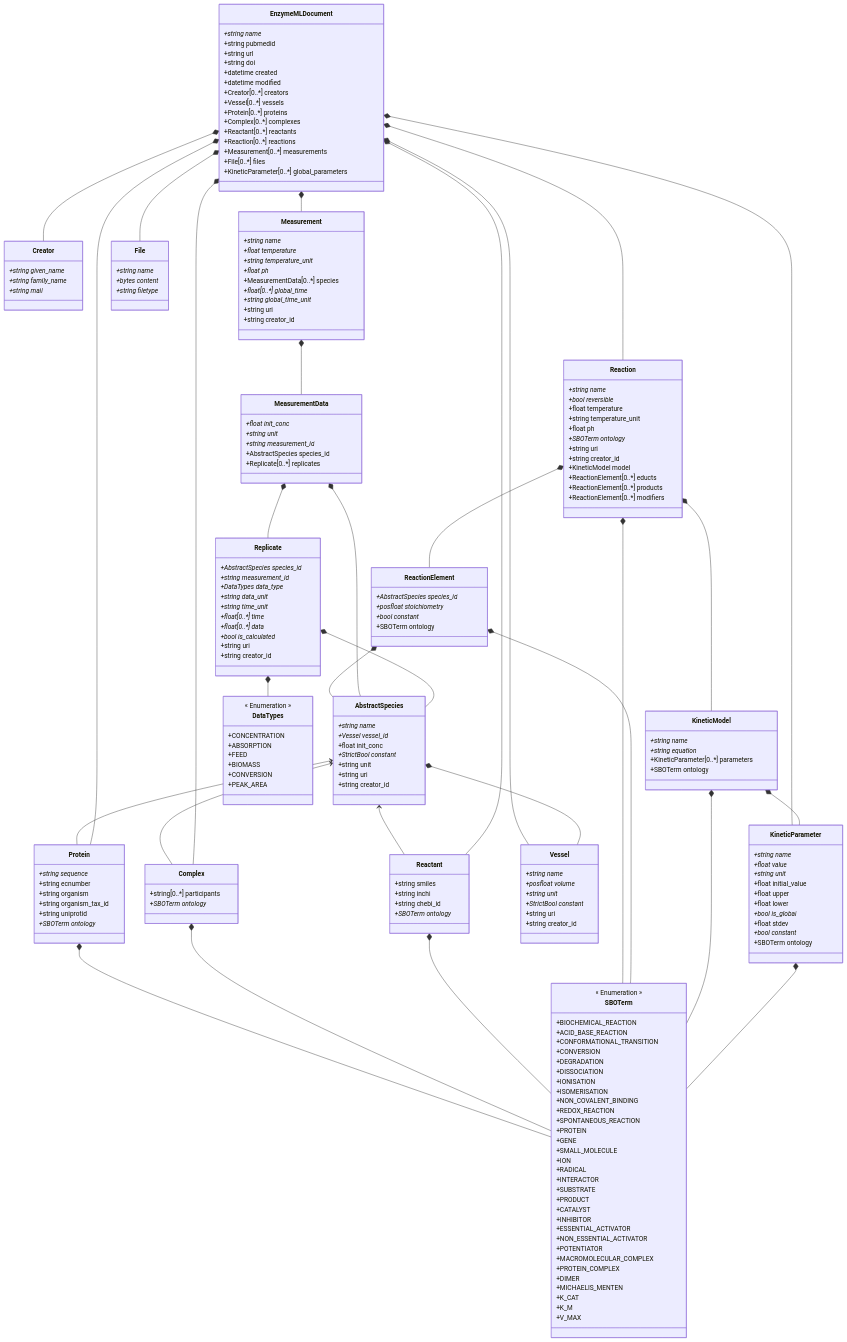
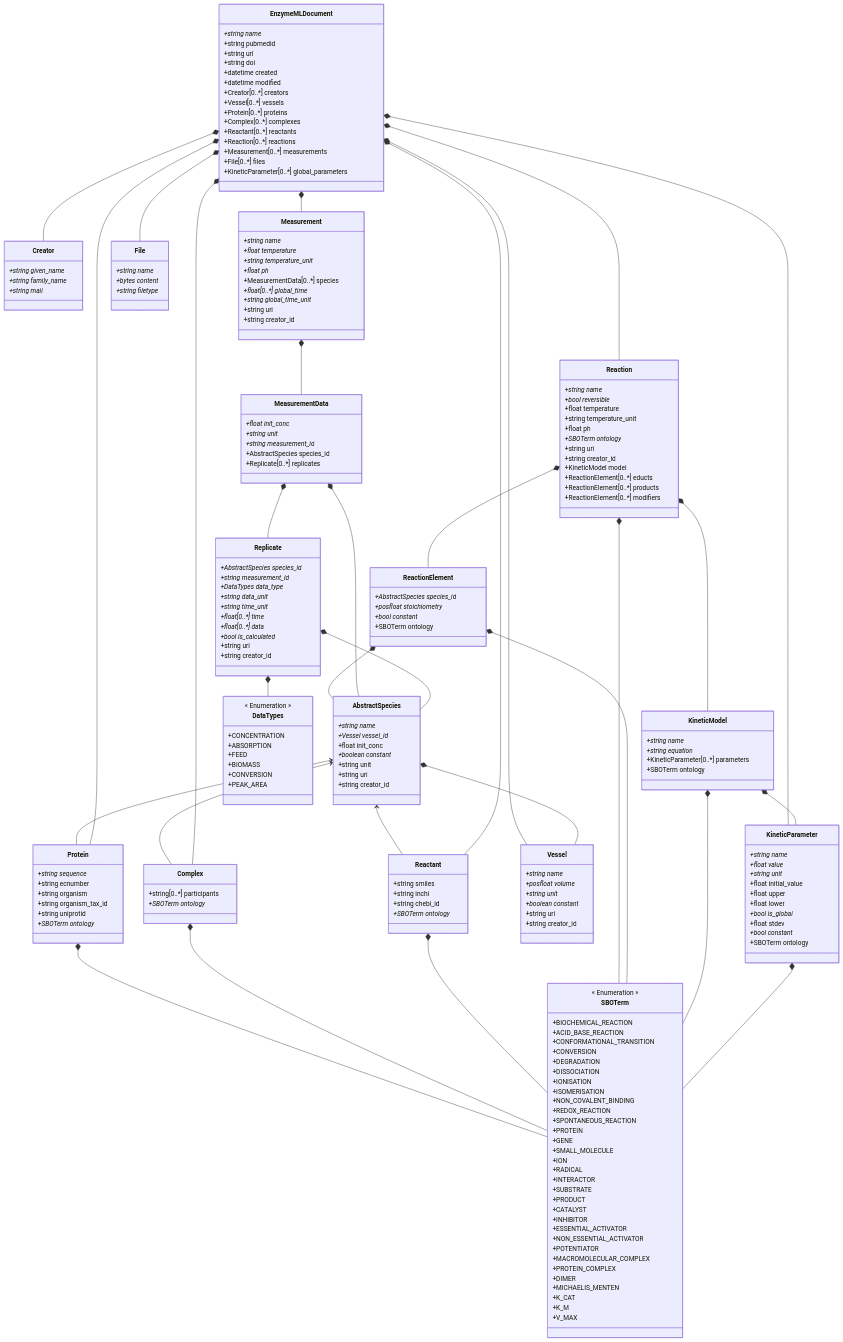
The diagram in PyEnzyme/schemes/pyenzyme_schema.md (EnzymeML/enzymeml-specifications), drawn with Mermaid before and after one commit. The commit also changed 16 other files, not shown here.

```diff
--- a/PyEnzyme/schemes/pyenzyme_schema.md
+++ b/PyEnzyme/schemes/pyenzyme_schema.md
@@ -58,7 +58,7 @@
         +string name*
         +posfloat volume*
         +string unit*
-        +StrictBool constant*
+        +boolean constant*
         +string uri
         +string creator_id
     }
@@ -67,7 +67,7 @@
         +string name*
         +Vessel vessel_id*
         +float init_conc
-        +StrictBool constant*
+        +boolean constant*
         +string unit
         +string uri
         +string creator_id
```
